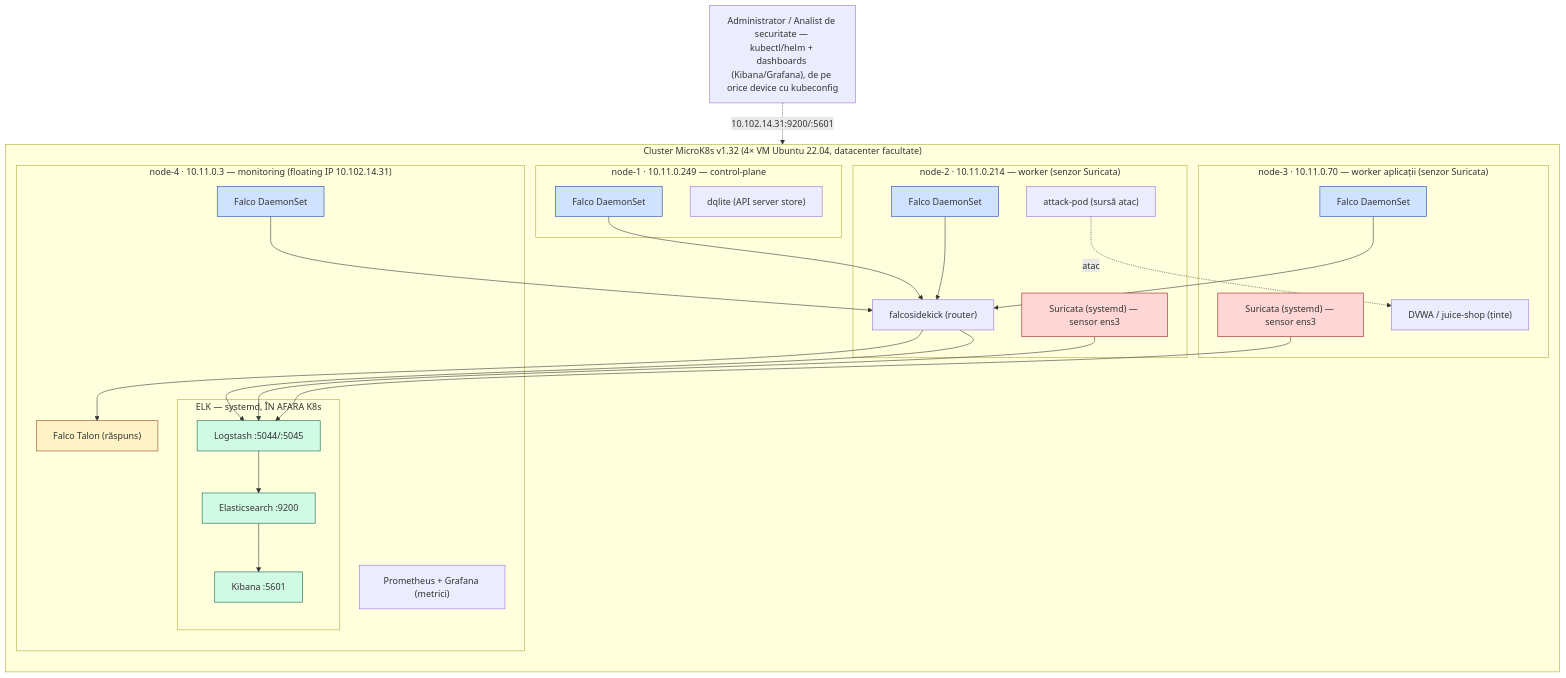
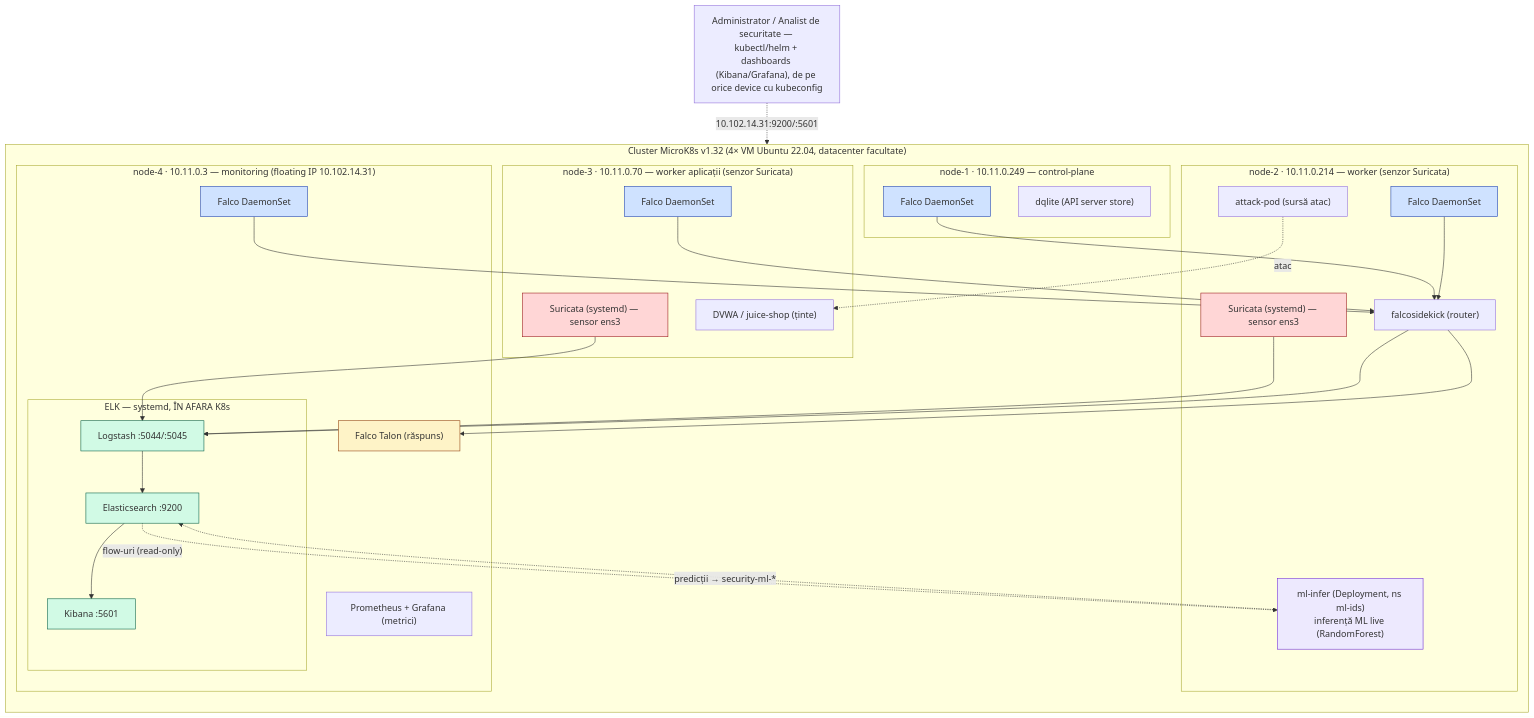
One commit to johnnyy06/k8s-threat-detection-system changed the first of 6 diagrams in docs/diagrams/flows.md. Above: the diagram before and after it, drawn with Mermaid. The commit also changed other lines of this file and 30 other files, not shown here.

````diff
--- a/docs/diagrams/flows.md
+++ b/docs/diagrams/flows.md
@@ -18,54 +18,59 @@
 ```mermaid
 flowchart TB
   subgraph CL["Cluster MicroK8s v1.32 (4× VM Ubuntu 22.04, datacenter facultate)"]
     direction TB
 
     subgraph N1["node-1 · 10.11.0.249 — control-plane"]
       n1f["Falco DaemonSet"]
       n1d["dqlite (API server store)"]
     end
 
     subgraph N2["node-2 · 10.11.0.214 — worker (senzor Suricata)"]
       n2f["Falco DaemonSet"]
       n2s["Suricata (systemd) — sensor ens3"]
       n2fs["falcosidekick (router)"]
       n2a["attack-pod (sursă atac)"]
+      n2ml["ml-infer (Deployment, ns ml-ids)<br/>inferență ML live (RandomForest)"]
     end
 
     subgraph N3["node-3 · 10.11.0.70 — worker aplicații (senzor Suricata)"]
       n3f["Falco DaemonSet"]
       n3s["Suricata (systemd) — sensor ens3"]
       n3d["DVWA / juice-shop (ținte)"]
     end
 
     subgraph N4["node-4 · 10.11.0.3 — monitoring (floating IP 10.102.14.31)"]
       n4f["Falco DaemonSet"]
       n4t["Falco Talon (răspuns)"]
       subgraph ELK["ELK — systemd, ÎN AFARA K8s"]
         ls["Logstash :5044/:5045"]
         es["Elasticsearch :9200"]
         kb["Kibana :5601"]
       end
       obs["Prometheus + Grafana (metrici)"]
     end
   end
 
   admin["Administrator / Analist de securitate — kubectl/helm + dashboards (Kibana/Grafana), de pe orice device cu kubeconfig"]
 
   n1f & n2f & n3f & n4f --> n2fs
   n2s & n3s --> ls
   n2fs --> ls
   ls --> es --> kb
   n2fs --> n4t
   admin -. "10.102.14.31:9200/:5601" .-> ELK
   n2a -. "atac" .-> n3d
+  es -. "flow-uri (read-only)" .-> n2ml
+  n2ml -. "predicții → security-ml-*" .-> es
 
   classDef falco fill:#cfe2ff,stroke:#1e40af;
   classDef suri fill:#ffd6d6,stroke:#991b1b;
   classDef elk fill:#d1fae5,stroke:#065f46;
   classDef talon fill:#fef3c7,stroke:#92400e;
+  classDef ml fill:#ede9fe,stroke:#6d28d9;
   class n1f,n2f,n3f,n4f falco;
   class n2s,n3s suri;
   class ls,es,kb elk;
   class n4t talon;
+  class n2ml ml;
 ```
````
